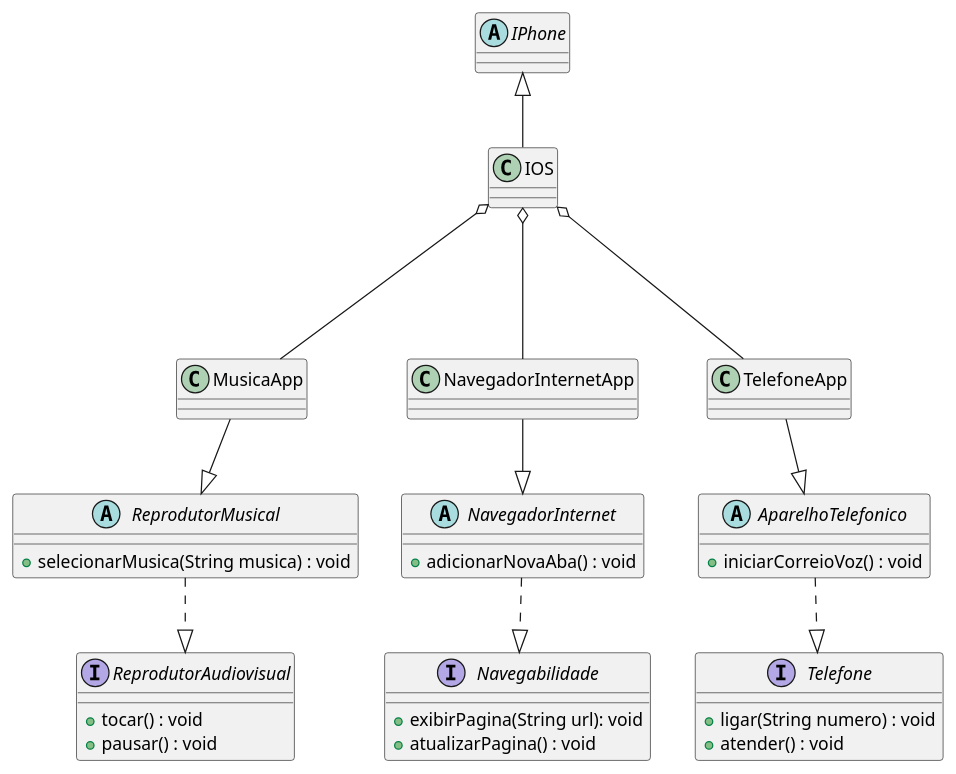
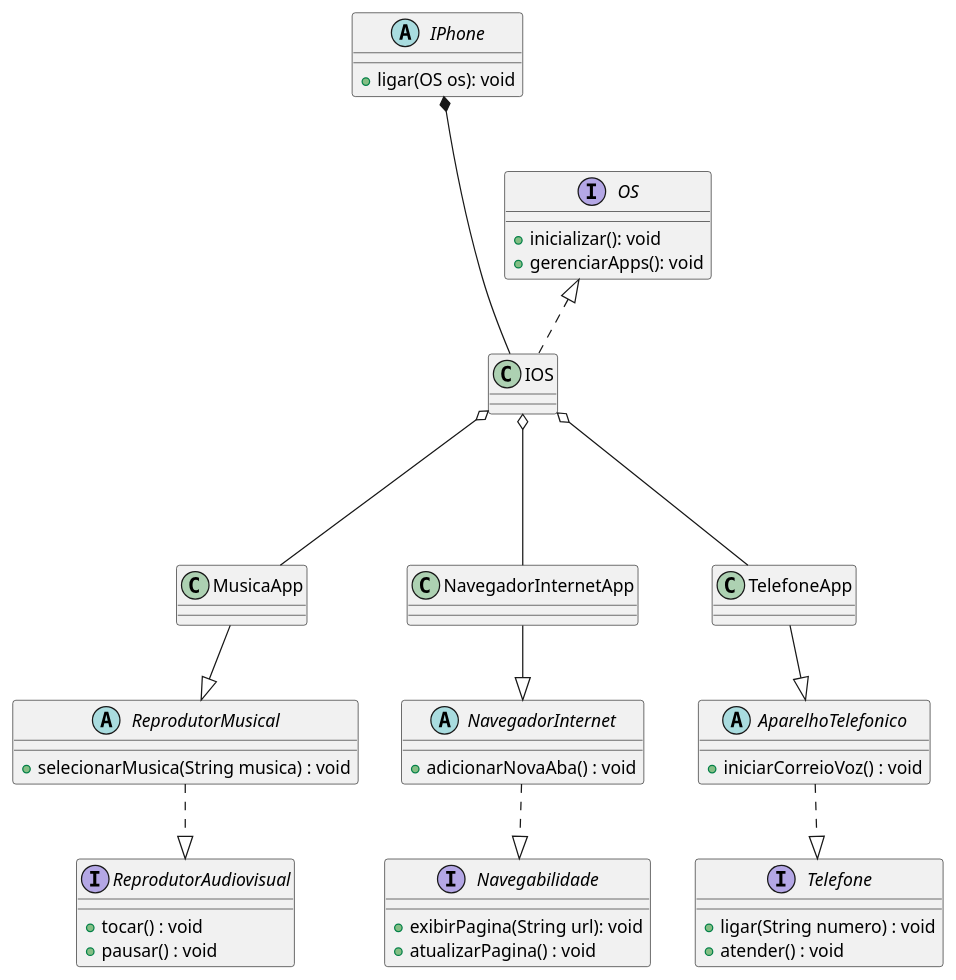
The diagram in uml/iphone.puml (dan7sc/poo-uml-desafio), drawn with PlantUML before and after one commit. The commit also changed 11 other files, not shown here.

```diff
--- a/uml/iphone.puml
+++ b/uml/iphone.puml
@@ -1,49 +1,56 @@
 @startuml
 
-abstract class IPhone {}
+abstract class IPhone {
+  + ligar(OS os): void
+}
+
+interface OS {
+  + inicializar(): void
+  + gerenciarApps(): void
+}
 class IOS {}
 
 
 interface ReprodutorAudiovisual {
   + tocar() : void
   + pausar() : void
 }
 interface Navegabilidade {
   + exibirPagina(String url): void
   + atualizarPagina() : void
 }
 interface Telefone {
   + ligar(String numero) : void
   + atender() : void
 }
 
 
 abstract class ReprodutorMusical {
   + selecionarMusica(String musica) : void
 }
 abstract class NavegadorInternet {
   + adicionarNovaAba() : void
 }
 abstract class AparelhoTelefonico {
   + iniciarCorreioVoz() : void
 }
 
 
 class MusicaApp {}
 class NavegadorInternetApp {}
 class TelefoneApp {}
 
 
-IPhone <|-down- IOS
-'IOS --|> IPhone
+IPhone *-down-- IOS
+OS <|.down. IOS
 IOS o-down-- MusicaApp
 IOS o-down-- TelefoneApp
 IOS o-down-- NavegadorInternetApp
 MusicaApp -down-|> ReprodutorMusical
 NavegadorInternetApp -down-|> NavegadorInternet
 TelefoneApp -down-|> AparelhoTelefonico
 ReprodutorMusical .down.|> ReprodutorAudiovisual
 NavegadorInternet .down.|> Navegabilidade
 AparelhoTelefonico .down.|> Telefone
 
 @enduml
```
